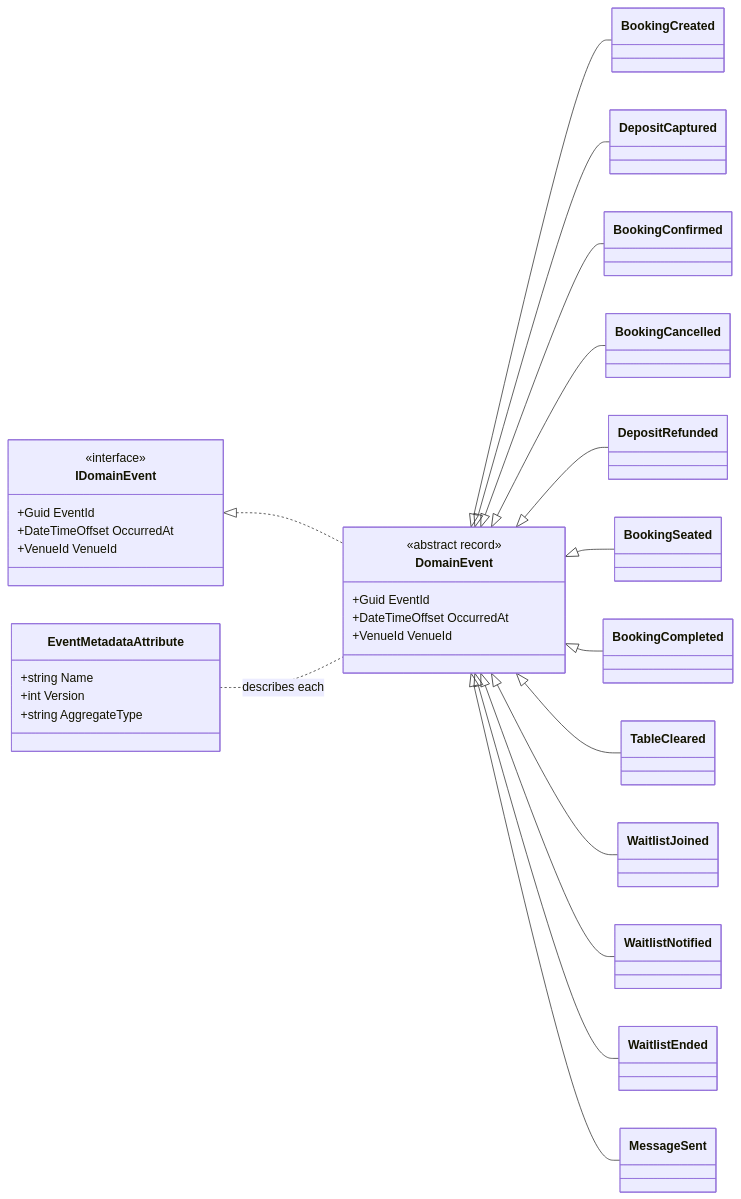
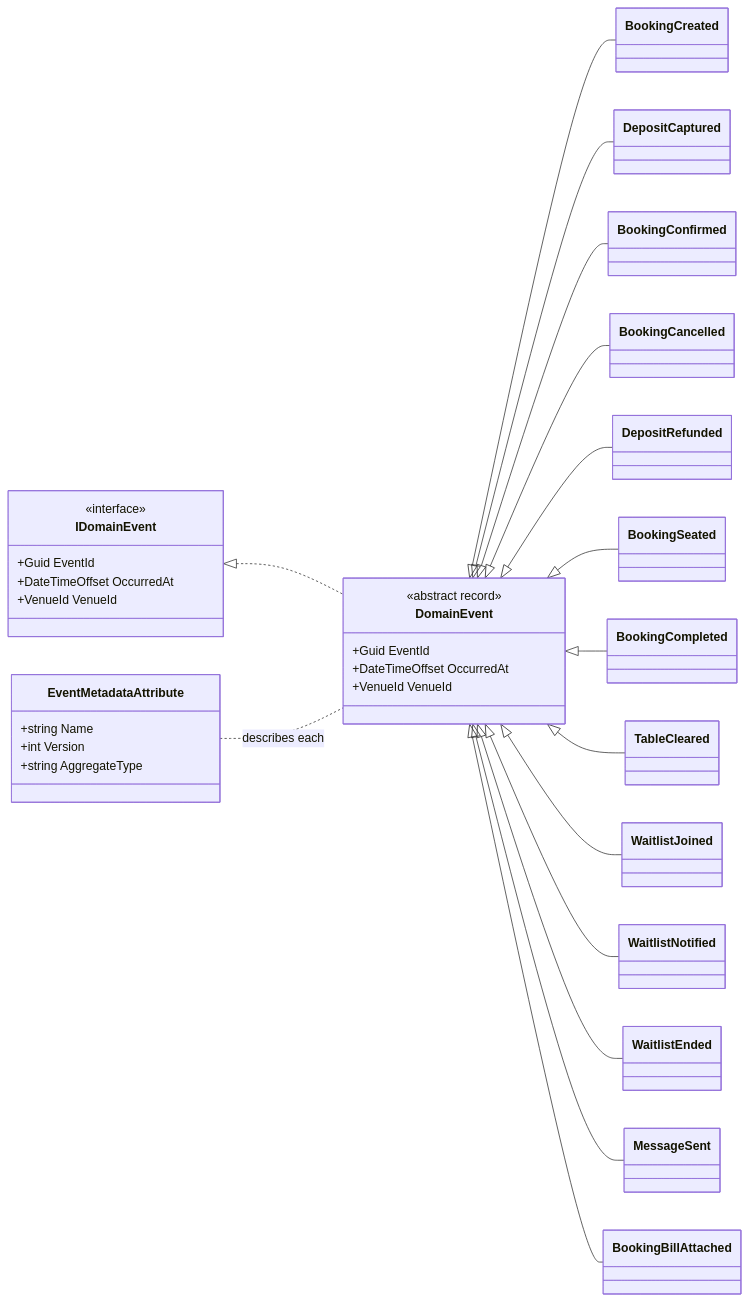
One commit to ring9834/TableReservation changed diagram 13 of 26 in docs/Design.md. Above: the diagram before and after it, drawn with Mermaid. The commit also changed other lines of this file, not shown here.

````diff
--- a/docs/Design.md
+++ b/docs/Design.md
@@ -491,35 +526,36 @@
 ```mermaid
 classDiagram
     direction LR
     class IDomainEvent {
         <<interface>>
         +Guid EventId
         +DateTimeOffset OccurredAt
         +VenueId VenueId
     }
     class DomainEvent {
         <<abstract record>>
         +Guid EventId
         +DateTimeOffset OccurredAt
         +VenueId VenueId
     }
     class EventMetadataAttribute {
         +string Name
         +int Version
         +string AggregateType
     }
     IDomainEvent <|.. DomainEvent
     DomainEvent <|-- BookingCreated
     DomainEvent <|-- DepositCaptured
     DomainEvent <|-- BookingConfirmed
     DomainEvent <|-- BookingCancelled
     DomainEvent <|-- DepositRefunded
     DomainEvent <|-- BookingSeated
     DomainEvent <|-- BookingCompleted
     DomainEvent <|-- TableCleared
     DomainEvent <|-- WaitlistJoined
     DomainEvent <|-- WaitlistNotified
     DomainEvent <|-- WaitlistEnded
     DomainEvent <|-- MessageSent
+    DomainEvent <|-- BookingBillAttached
     EventMetadataAttribute .. DomainEvent : describes each
 ```
````
